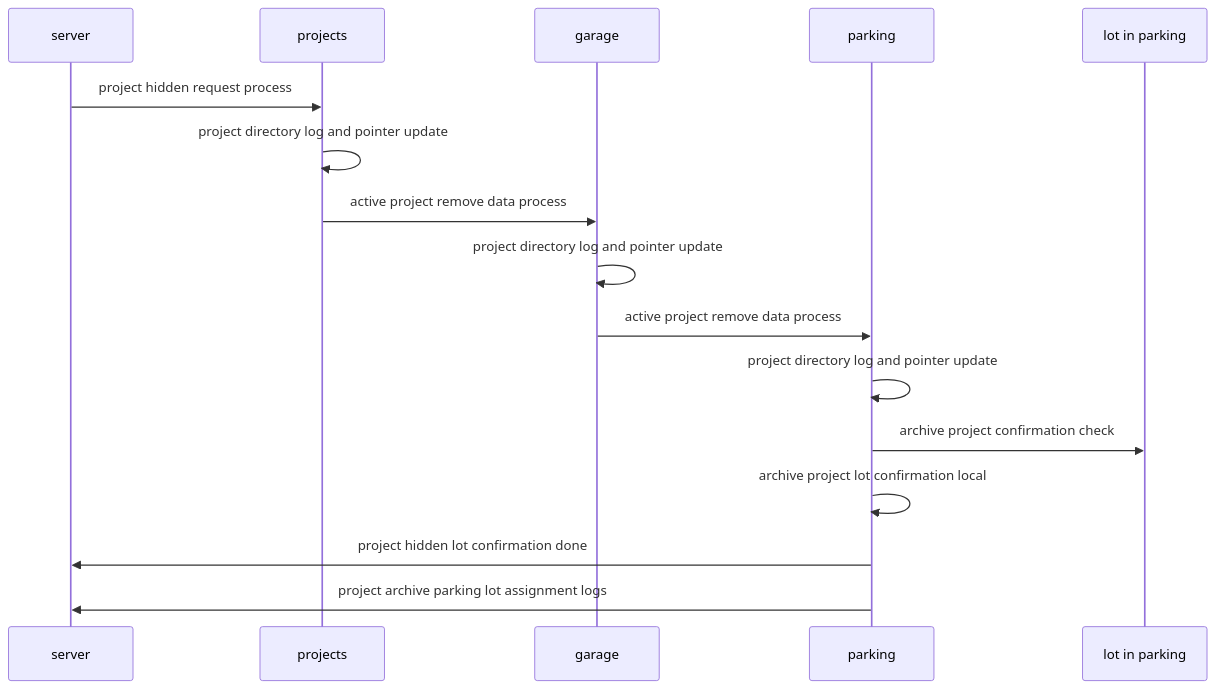
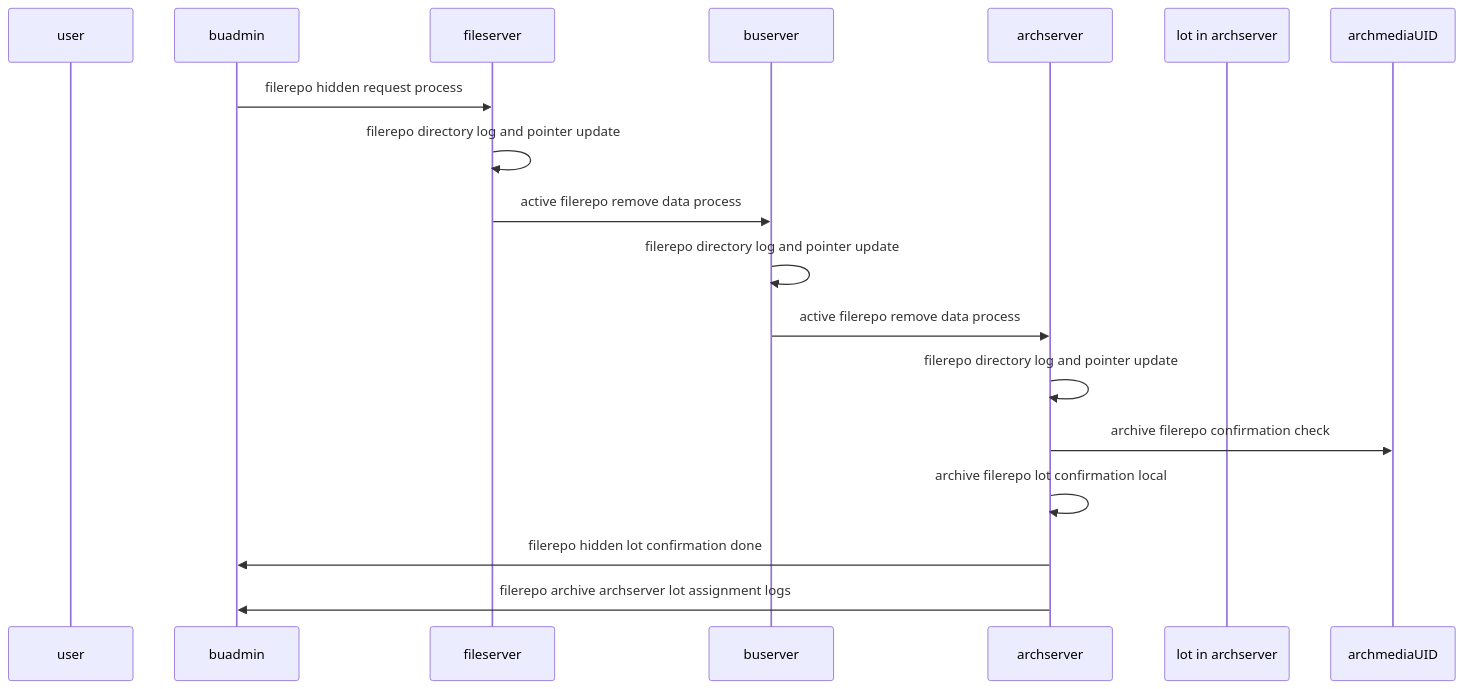
The third of 4 diagrams in docs/ops/backup/backup-diagram.md (2cld/netstack), drawn with Mermaid before and after one commit. The commit also changed other lines of this file, not shown here.

````diff
--- a/docs/ops/backup/backup-diagram.md
+++ b/docs/ops/backup/backup-diagram.md
@@ -33,13 +39,19 @@
 ```mermaid
 sequenceDiagram
-    server->>projects: project hidden request process
-    projects->>projects: project directory log and pointer update
-    projects->>garage: active project remove data process
-    garage->>garage: project directory log and pointer update
-    garage->>parking: active project remove data process
-    parking->>parking: project directory log and pointer update
-    parking->>lot in parking: archive project confirmation check
-    parking->>parking: archive project lot confirmation local
-    parking->>server: project hidden lot confirmation done
-    parking->>server: project archive parking lot assignment logs
+    participant user
+    participant buadmin
+    participant fileserver
+    participant buserver
+    participant archserver
+    participant lot in archserver
+    buadmin->>fileserver: filerepo hidden request process
+    fileserver->>fileserver: filerepo directory log and pointer update
+    fileserver->>buserver: active filerepo remove data process
+    buserver->>buserver: filerepo directory log and pointer update
+    buserver->>archserver: active filerepo remove data process
+    archserver->>archserver: filerepo directory log and pointer update
+    archserver->>archmediaUID: archive filerepo confirmation check
+    archserver->>archserver: archive filerepo lot confirmation local
+    archserver->>buadmin: filerepo hidden lot confirmation done
+    archserver->>buadmin: filerepo archive archserver lot assignment logs
 ```
````
